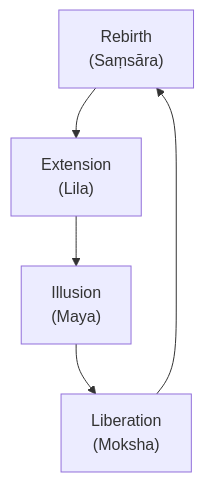
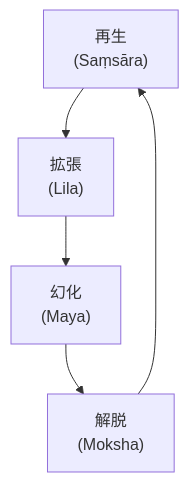
One commit to monumental-movement/monumental-movement.github.io changed the second of 4 diagrams in en/_posts/2025-10-05-Column-Shpongle.md. Above: the diagram before and after it, drawn with Mermaid. The commit also changed other lines of this file and 2196 other files, not shown here.

```diff
--- a/en/_posts/2025-10-05-Column-Shpongle.md
+++ b/en/_posts/2025-10-05-Column-Shpongle.md
@@ -112,9 +112,9 @@
 <div class="mermaid">
 
 flowchart TD
-  A["Generation<br>(Brahman)"] --> B["Extension<br>(Lila)"]
-  B --> C["Illusion<br>(Maya)"]
-  C --> D["Liberation<br>(Moksha)"]
-  D --> A["Rebirth<br>(Saṃsāra)"]
+  A["生成<br>(Brahman)"] --> B["拡張<br>(Lila)"]
+  B --> C["幻化<br>(Maya)"]
+  C --> D["解脱<br>(Moksha)"]
+  D --> A["再生<br>(Saṃsāra)"]
 
 </div>
```
